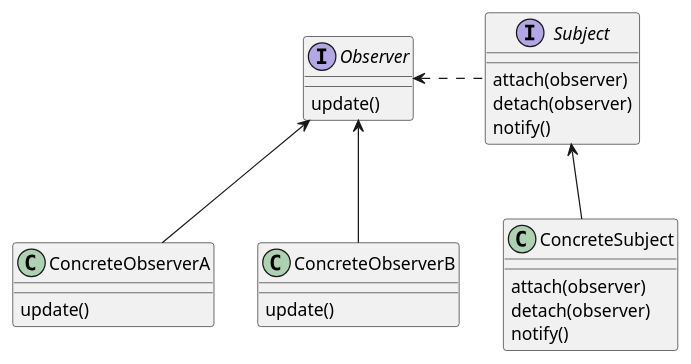
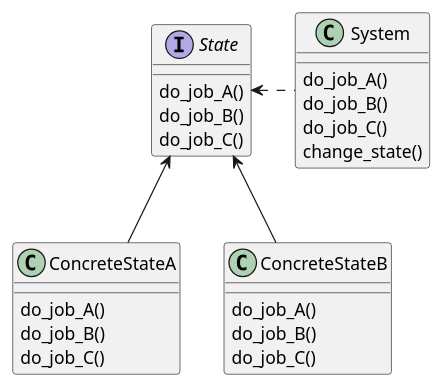
Before and after one commit to Buzzvil/awesome-design-patterns: the diagram in patterns/State/structure.puml, drawn with PlantUML.

Commit message:
update uml

```diff
--- a/patterns/State/structure.puml
+++ b/patterns/State/structure.puml
@@ -1,29 +1,31 @@
 @startuml
-interface Subject{
-  attach(observer)
-  detach(observer)
-  notify()
-}
-class ConcreteSubject{
-  attach(observer)
-  detach(observer)
-  notify()
+class System{
+  do_job_A()
+  do_job_B()
+  do_job_C()
+  change_state()
 }
 
-interface Observer {
-  update()
+interface State{
+  do_job_A()
+  do_job_B()
+  do_job_C()
 }
-class ConcreteObserverA {
-  update()
+
+class ConcreteStateA {
+  do_job_A()
+  do_job_B()
+  do_job_C()
 }
-class ConcreteObserverB {
-  update()
+class ConcreteStateB {
+  do_job_A()
+  do_job_B()
+  do_job_C()
 }
 
 
-ConcreteObserverA -u-> Observer
-ConcreteObserverB -u-> Observer
-ConcreteSubject -u-> Subject
-Subject .l.> Observer
+ConcreteStateA -u-> State
+ConcreteStateB -u-> State
+System .l.> State
 
 @enduml
```
